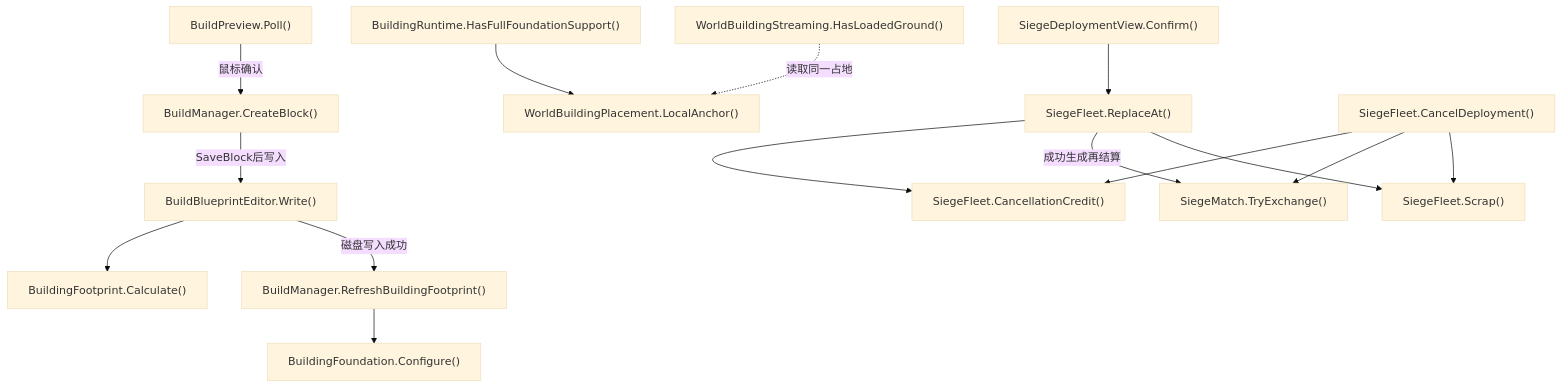
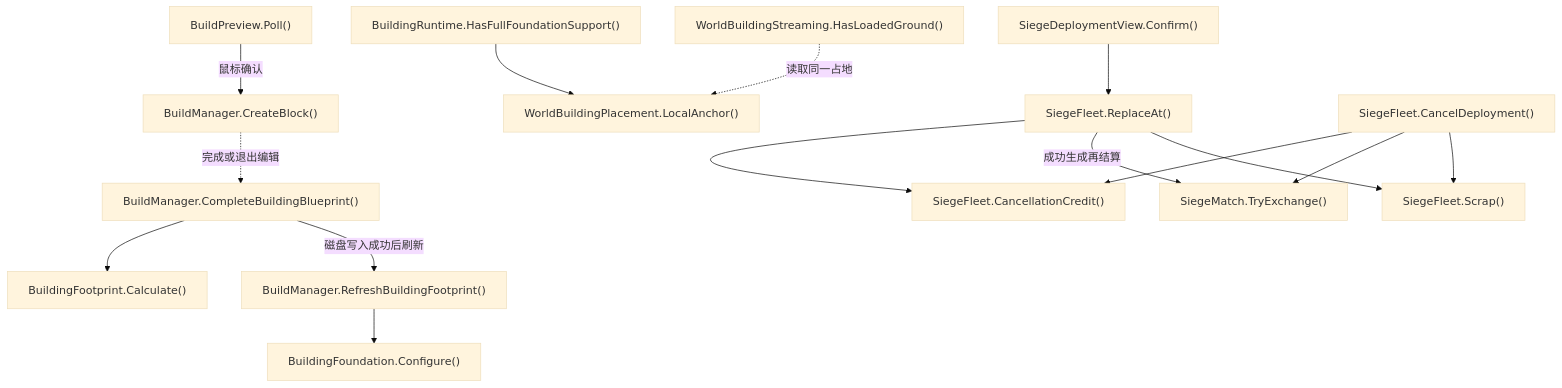
Diagram 16 of 60 in Docs/RuntimeFlow.md (kukudia/HY-Sandbox), drawn with Mermaid (base theme) before and after one commit. The commit also changed other lines of this file and 28 other files, not shown here.

````diff
--- a/Docs/RuntimeFlow.md
+++ b/Docs/RuntimeFlow.md
@@ -1332,47 +1332,47 @@
 ```mermaid
 flowchart TD
     A["BuildPreview.Poll()"]
     click A "../Assets/Scripts/Features/Building/Interaction/BuildPreview.cs#L49" "打开源码"
     B["BuildManager.CreateBlock()"]
-    click B "../Assets/Scripts/Features/Building/BuildManager.cs#L549" "打开源码"
-    C["BuildBlueprintEditor.Write()"]
-    click C "../Assets/Scripts/Features/Building/Interaction/BuildBlueprintEditor.cs#L63" "打开源码"
+    click B "../Assets/Scripts/Features/Building/BuildManager.cs#L597" "打开源码"
+    C["BuildManager.CompleteBuildingBlueprint()"]
+    click C "../Assets/Scripts/Features/Building/BuildManager.cs#L421" "打开源码"
     D["BuildingFootprint.Calculate()"]
     click D "../Assets/Scripts/Features/Building/BuildingEditor/BuildingFootprint.cs#L8" "打开源码"
     E["BuildManager.RefreshBuildingFootprint()"]
-    click E "../Assets/Scripts/Features/Building/BuildManager.cs#L405" "打开源码"
+    click E "../Assets/Scripts/Features/Building/BuildManager.cs#L453" "打开源码"
     F["BuildingFoundation.Configure()"]
     click F "../Assets/Scripts/Features/Building/BuildingEditor/BuildingFoundation.cs#L17" "打开源码"
     G["BuildingRuntime.HasFullFoundationSupport()"]
     click G "../Assets/Scripts/Features/World/Buildings/BuildingRuntime.cs#L307" "打开源码"
     H["WorldBuildingPlacement.LocalAnchor()"]
     click H "../Assets/Scripts/Features/World/Buildings/Placement/WorldBuildingPlacement.cs#L106" "打开源码"
     I["WorldBuildingStreaming.HasLoadedGround()"]
     click I "../Assets/Scripts/Features/World/Streaming/WorldBuildingStreaming.cs#L151" "打开源码"
     J["SiegeDeploymentView.Confirm()"]
     click J "../Assets/Scripts/Features/Siege/Interface/SiegeDeploymentView.cs#L360" "打开源码"
     K["SiegeFleet.ReplaceAt()"]
     click K "../Assets/Scripts/Features/Siege/Fleet/SiegeFleet.cs#L283" "打开源码"
     L["SiegeFleet.CancelDeployment()"]
     click L "../Assets/Scripts/Features/Siege/Fleet/SiegeFleet.cs#L263" "打开源码"
     M["SiegeFleet.CancellationCredit()"]
     click M "../Assets/Scripts/Features/Siege/Fleet/SiegeFleet.cs#L257" "打开源码"
     N["SiegeMatch.TryExchange()"]
     click N "../Assets/Scripts/Features/Siege/SiegeMatch.cs#L236" "打开源码"
     O["SiegeFleet.Scrap()"]
     click O "../Assets/Scripts/Features/Siege/Fleet/SiegeFleet.cs#L113" "打开源码"
     A -->|鼠标确认| B
-    B -->|SaveBlock后写入| C
+    B -.->|完成或退出编辑| C
     C --> D
-    C -->|磁盘写入成功| E
+    C -->|磁盘写入成功后刷新| E
     E --> F
     G --> H
     I -.->|读取同一占地| H
     J --> K
     K --> M
     L --> M
     K -->|成功生成再结算| N
     L --> N
     L --> O
     K --> O
 ```
````
